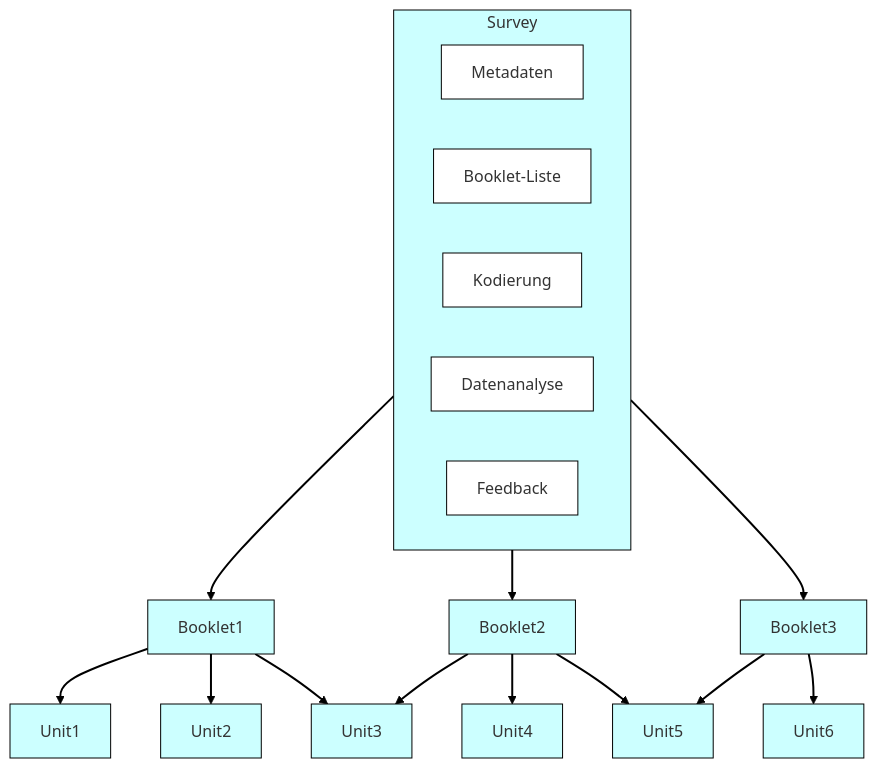
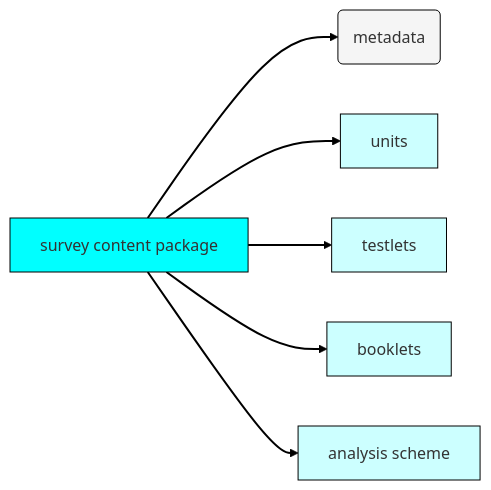
The diagram in survey/content.qmd (iqb-berlin/rising-stars), drawn with Mermaid before and after one commit. The commit also changed other lines of this file and 6 other files, not shown here.

````diff
--- a/survey/content.qmd
+++ b/survey/content.qmd
@@ -39,29 +8,21 @@
 ```{mermaid}
-flowchart TD
-    classDef insurveybox fill:white,stroke:black
-    classDef others fill:#cff,stroke:black
+flowchart LR
+classDef root fill:#0ff,stroke:black
+    classDef level1 fill:#0ff,stroke:black
+    classDef level2 fill:#cff,stroke:black
+    classDef metadata fill:whitesmoke,stroke:black
     linkStyle default stroke:black,stroke-width:2px,color:black;
 
-    subgraph s[Survey]
-        s1[Metadaten]:::insurveybox
-        s2[Booklet-Liste]:::insurveybox
-        s3[Kodierung]:::insurveybox
-        s4[Datenanalyse]:::insurveybox
-        s5[Feedback]:::insurveybox
-    end
-    style s fill:#cff,stroke:black
-
-    s --> Booklet1:::others
-    s --> Booklet2:::others
-    s --> Booklet3:::others
-
-    Booklet1 --> Unit1:::others
-    Booklet1 --> Unit2:::others
-    Booklet1 --> Unit3:::others
-    Booklet2 --> Unit3
-    Booklet2 --> Unit4:::others
-    Booklet2 --> Unit5:::others
-    Booklet3 --> Unit5
-    Booklet3 --> Unit6:::others
-
+    content[survey content package]:::level1
+    click content "content.html" "Gehe zu Testinhalte"
+    cmd(metadata):::metadata
+    units[units]:::level2
+    testlets[testlets]:::level2
+    booklets[booklets]:::level2
+    analysis_s[analysis scheme]:::level2
+    content --> cmd
+    content --> units
+    content --> testlets
+    content --> booklets
+    content --> analysis_s
 ```
````
